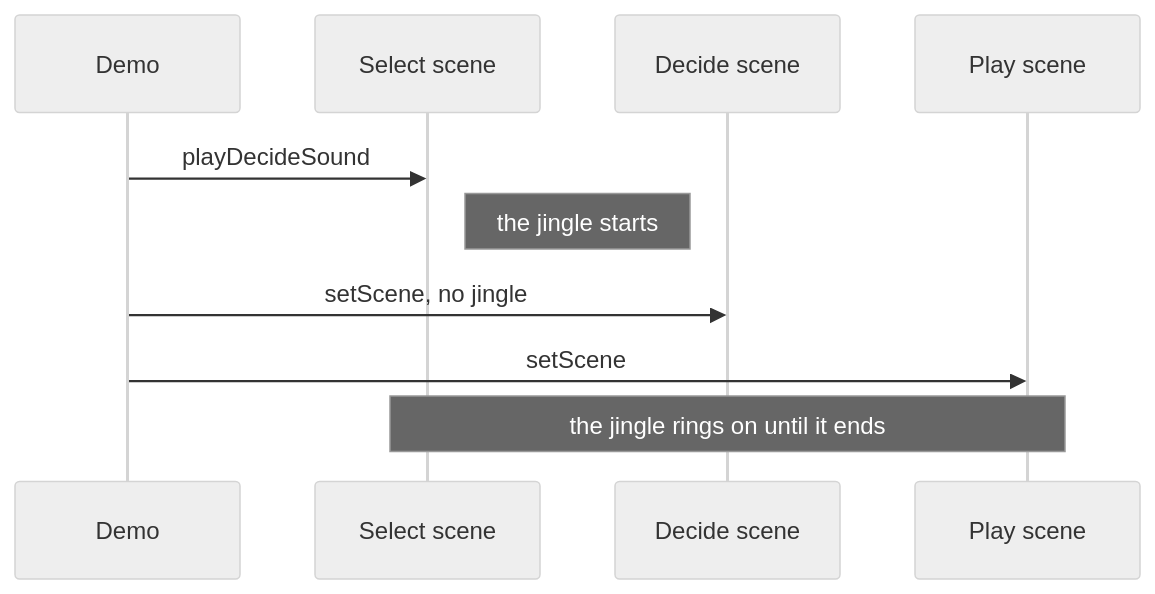
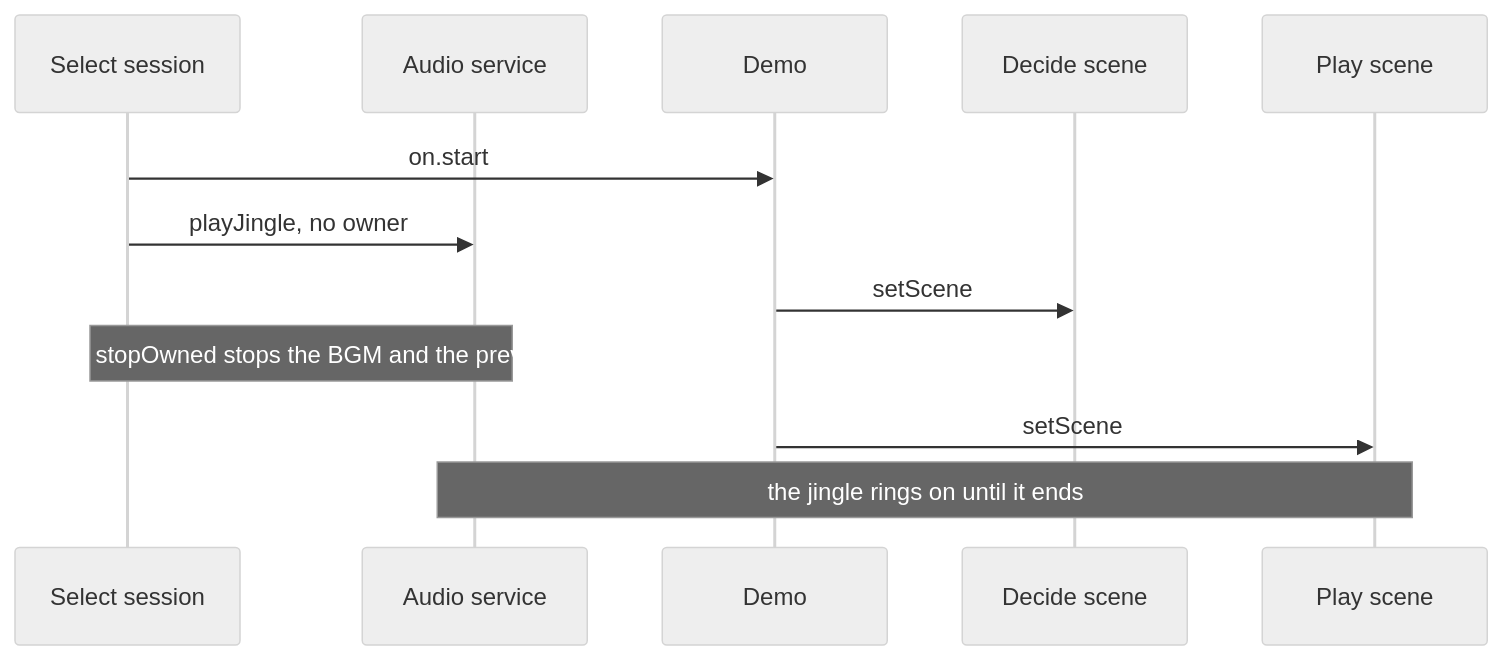
One commit to nulltask/be-music changed the eighth of 11 diagrams in docs/player-web.md. Above: the diagram before and after it, drawn with Mermaid (neutral theme). The commit also changed other lines of this file and 3 other files, not shown here.

First line of the commit message:
docs: describe the select screen on createSelectScene and settle the decide jingle, and add S4 to the P4 migration [ci skip]

````diff
--- a/docs/player-web.md
+++ b/docs/player-web.md
@@ -447,12 +456,14 @@
 ```mermaid
 sequenceDiagram
+  participant Select as Select session
+  participant Audio as Audio service
   participant Demo
-  participant Select as Select scene
   participant Decide as Decide scene
   participant Play as Play scene
-  Demo->>Select: playDecideSound
-  Note right of Select: the jingle starts
-  Demo->>Decide: setScene, no jingle
+  Select->>Demo: on.start
+  Select->>Audio: playJingle, no owner
+  Demo->>Decide: setScene
+  Note over Select,Audio: exit: stopOwned stops the BGM and the preview
   Demo->>Play: setScene
-  Note over Select,Play: the jingle rings on until it ends
+  Note over Audio,Play: the jingle rings on until it ends
 ```
````
